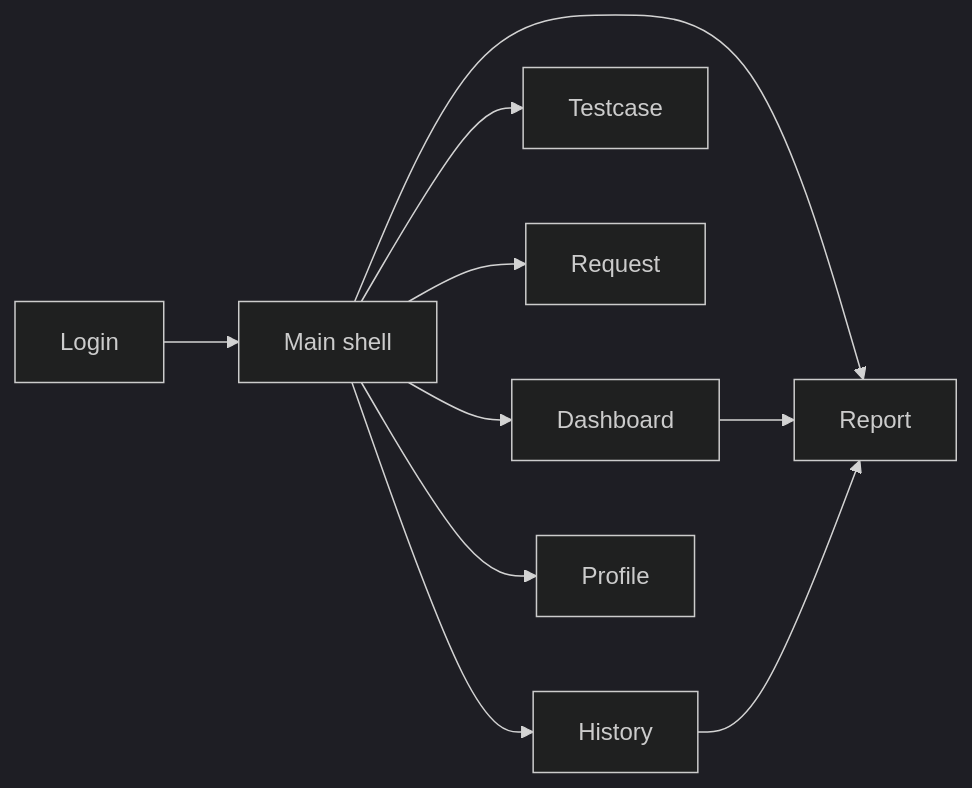
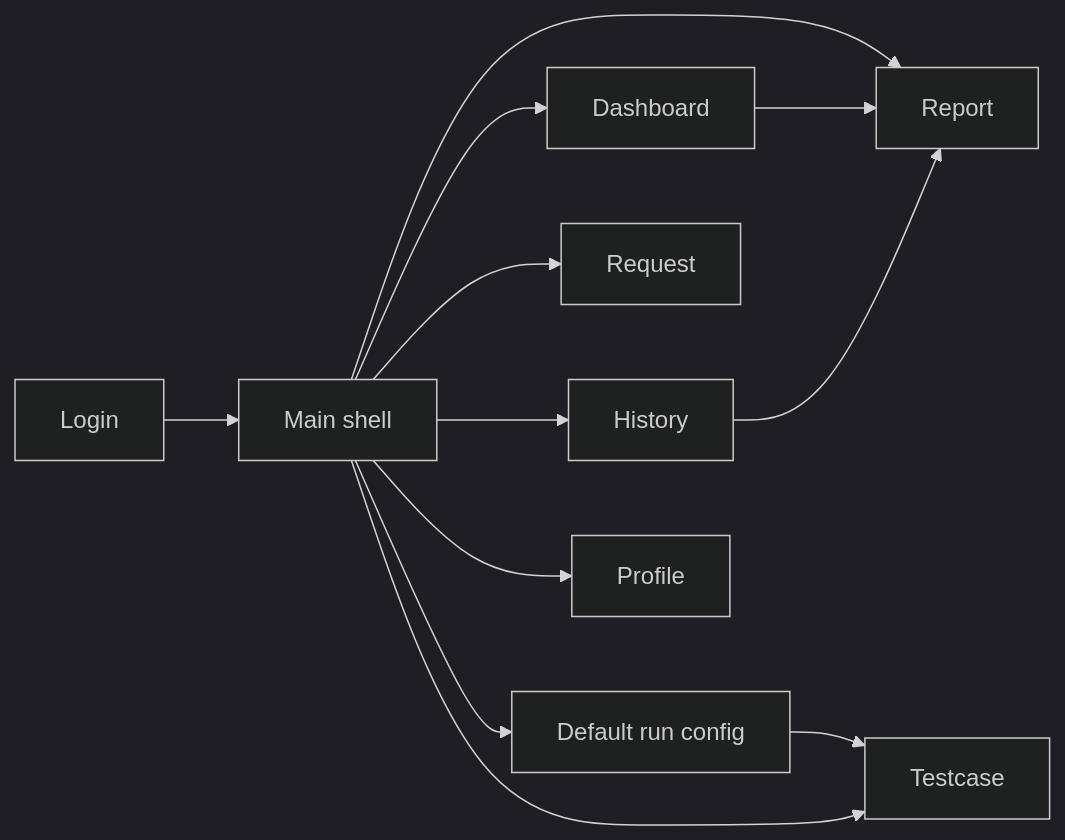
Before and after one commit to leviettien61251/api-test-app: the diagram in docs/MA_TRAN_MAN_HINH.md, drawn with Mermaid (dark theme). The commit also changed other lines of this file and 8 other files, not shown here.

````diff
--- a/docs/MA_TRAN_MAN_HINH.md
+++ b/docs/MA_TRAN_MAN_HINH.md
@@ -77,21 +93,24 @@
 ```mermaid
 flowchart LR
     login["Login"]
     main["Main shell"]
+    config["Default run config"]
     dashboard["Dashboard"]
     testcase["Testcase"]
     request["Request"]
     report["Report"]
     history["History"]
     profile["Profile"]
 
     login --> main
     main --> dashboard
+    main --> config
+    config --> testcase
     main --> testcase
     main --> request
     main --> report
     main --> history
     main --> profile
     dashboard --> report
     history --> report
 ```
````
